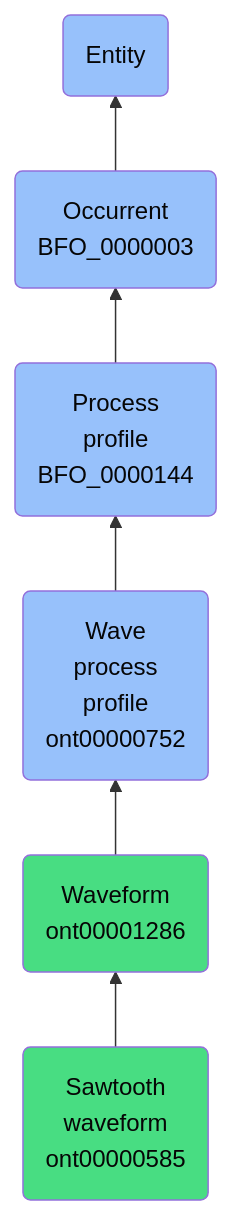
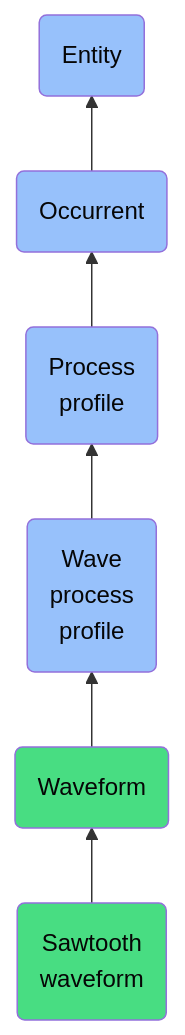
One commit to jupyter-naas/abi changed the diagram in docs/ontology/reference/model/Entity/Occurrent/Process profile/Wave process profile/Waveform/Sawtooth waveform/Sawtooth waveform.md. Above: the diagram before and after it, drawn with Mermaid. The commit also changed other lines of this file and 1430 other files, not shown here.

````diff
--- a/docs/ontology/reference/model/Entity/Occurrent/Process profile/Wave process profile/Waveform/Sawtooth waveform/Sawtooth waveform.md
+++ b/docs/ontology/reference/model/Entity/Occurrent/Process profile/Wave process profile/Waveform/Sawtooth waveform/Sawtooth waveform.md
@@ -24,13 +24,13 @@
 ```mermaid
 graph BT
-    ont00000585(Sawtooth<br>waveform<br>ont00000585):::ABI-->ont00001286
-    ont00001286(Waveform<br>ont00001286):::ABI-->ont00000752
-    ont00000752(Wave<br>process<br>profile<br>ont00000752):::BFO-->BFO_0000144
-    BFO_0000144(Process<br>profile<br>BFO_0000144):::BFO-->BFO_0000003
-    BFO_0000003(Occurrent<br>BFO_0000003):::BFO-->BFO_0000001
+    ont00000585(Sawtooth<br>waveform):::ABI-->ont00001286
+    ont00001286(Waveform):::ABI-->ont00000752
+    ont00000752(Wave<br>process<br>profile):::BFO-->BFO_0000144
+    BFO_0000144(Process<br>profile):::BFO-->BFO_0000003
+    BFO_0000003(Occurrent):::BFO-->BFO_0000001
     BFO_0000001(Entity):::BFO
     
     classDef BFO fill:#97c1fb,color:#060606
     classDef CCO fill:#e4c51e,color:#060606
     classDef ABI fill:#48DD82,color:#060606
 ```
````
